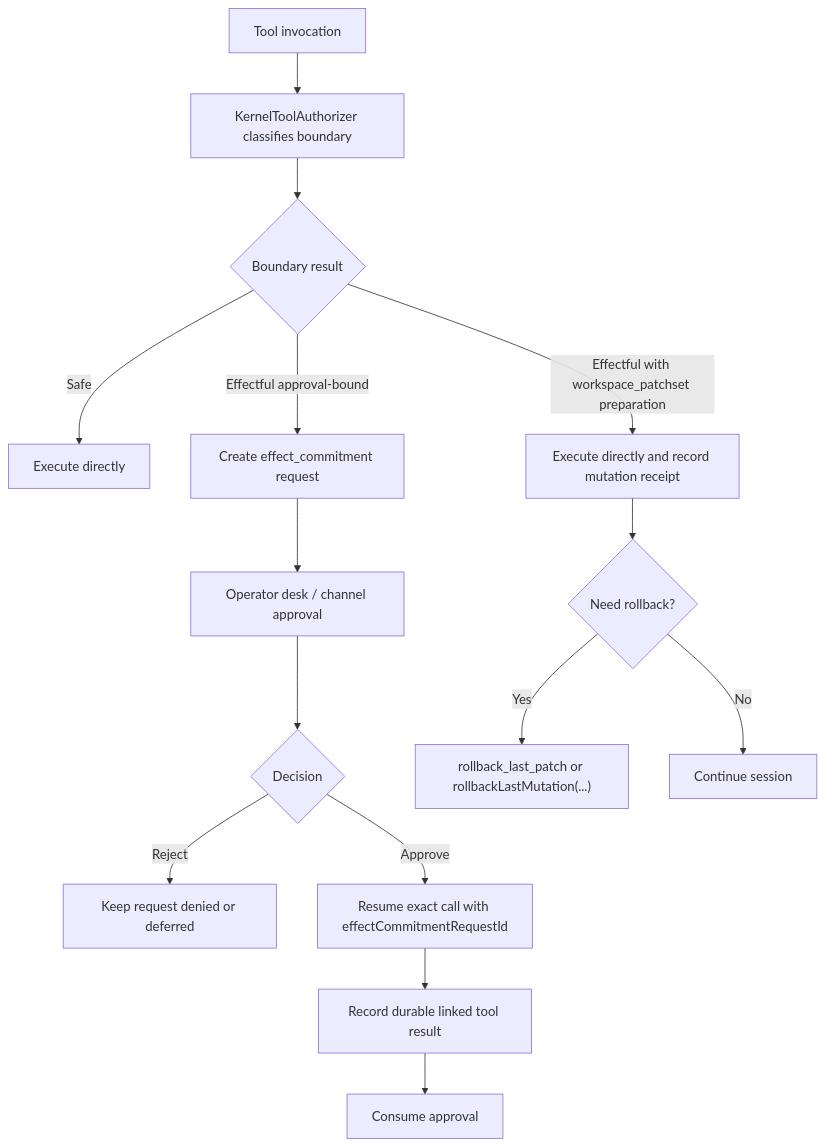
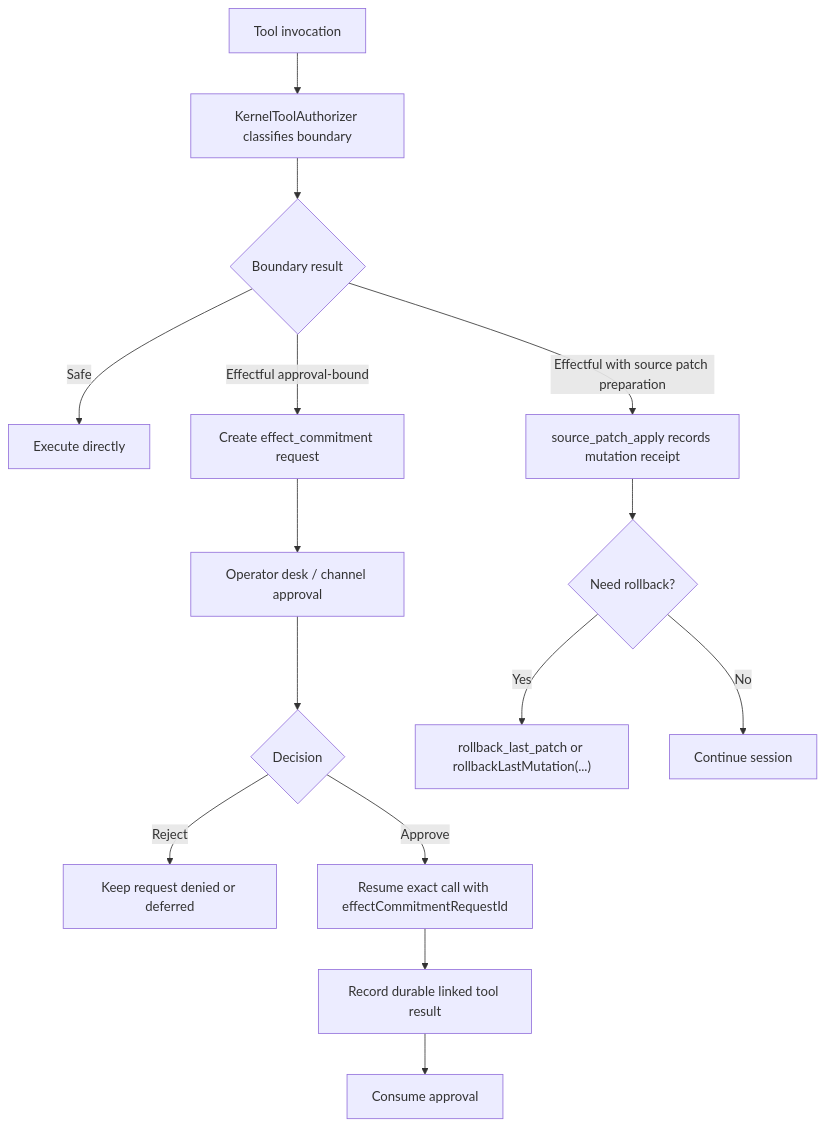
Before and after one commit to arcthur/brewva: the diagram in docs/journeys/operator/approval-and-rollback.md, drawn with Mermaid. The commit also changed other lines of this file and 60 other files, not shown here.

````diff
--- a/docs/journeys/operator/approval-and-rollback.md
+++ b/docs/journeys/operator/approval-and-rollback.md
@@ -40,17 +40,17 @@
 ```mermaid
 flowchart TD
   A["Tool invocation"] --> B["KernelToolAuthorizer classifies boundary"]
   B --> C{"Boundary result"}
   C -->|Safe| D["Execute directly"]
-  C -->|Effectful with workspace_patchset preparation| E["Execute directly and record mutation receipt"]
+  C -->|Effectful with source patch preparation| E["source_patch_apply records mutation receipt"]
   C -->|Effectful approval-bound| F["Create effect_commitment request"]
   F --> G["Operator desk / channel approval"]
   G --> H{"Decision"}
   H -->|Reject| I["Keep request denied or deferred"]
   H -->|Approve| J["Resume exact call with effectCommitmentRequestId"]
   J --> K["Record durable linked tool result"]
   K --> L["Consume approval"]
   E --> M{"Need rollback?"}
   M -->|Yes| N["rollback_last_patch or rollbackLastMutation(...)"]
   M -->|No| O["Continue session"]
 ```
````
